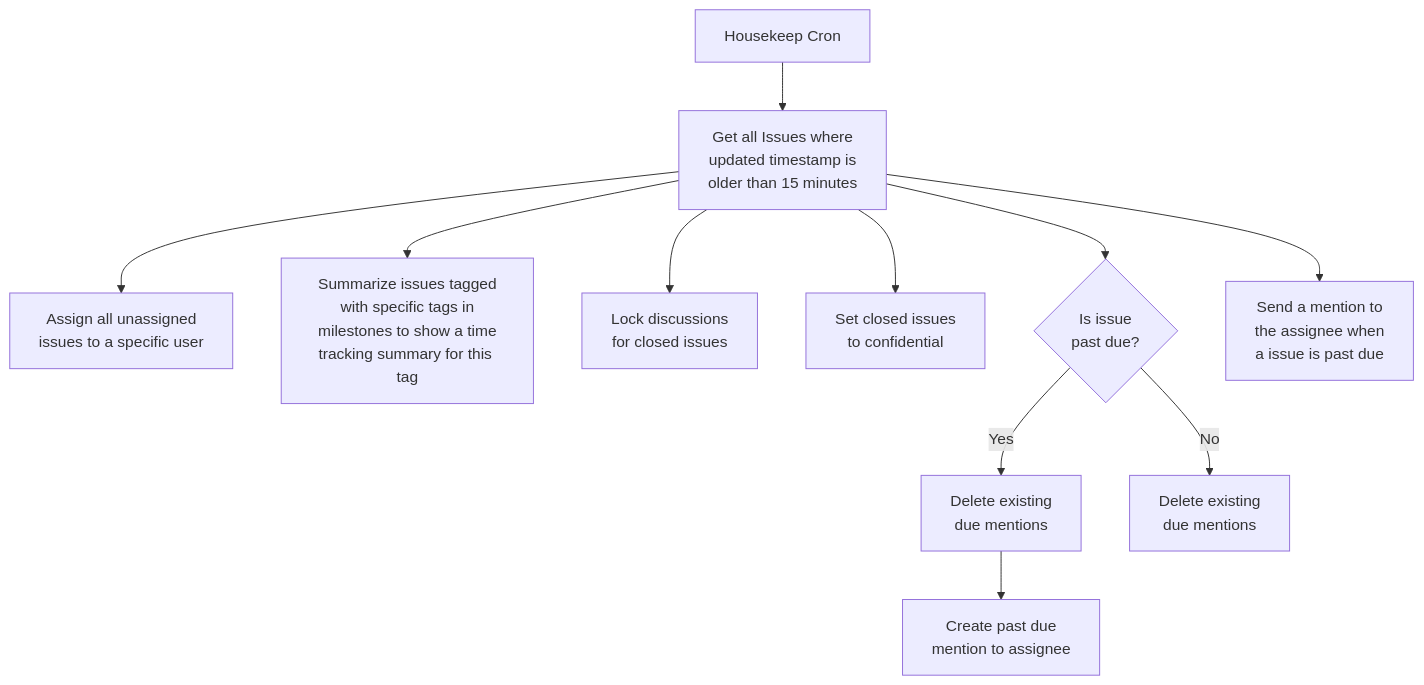
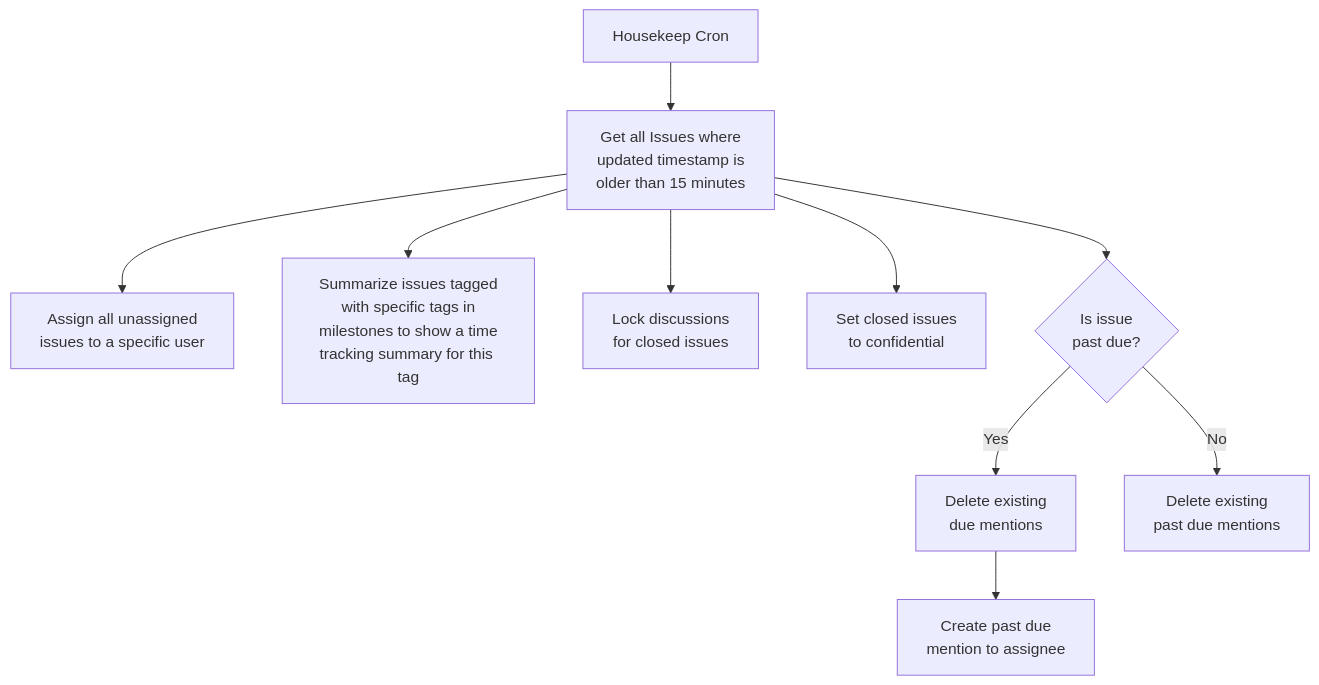
The first of 2 diagrams in README.md (perryflynn/taskomat), drawn with Mermaid before and after one commit. The commit also changed other lines of this file, not shown here.

Commit message:
improve mermaid diagrams

````diff
--- a/README.md
+++ b/README.md
@@ -19,13 +19,12 @@
 ```mermaid
 graph TD
     hk[Housekeep Cron] --> issues[Get all Issues where<br>updated timestamp is<br>older than 15 minutes]
     issues --> assign[Assign all unassigned<br>issues to a specific user]
     issues --> milestone[Summarize issues tagged<br>with specific tags in<br>milestones to show a time<br>tracking summary for this tag]
     issues --> lock[Lock discussions<br>for closed issues]
     issues --> confidential[Set closed issues<br>to confidential]
     issues --> isdue{Is issue<br>past due?}
     isdue -->|Yes| delduemsg2[Delete existing<br>due mentions]
     delduemsg2 --> addue[Create past due<br>mention to assignee]
-    isdue -->|No| delduemsg[Delete existing<br>due mentions]
-    issues --> due[Send a mention to<br>the assignee when<br>a issue is past due]
+    isdue -->|No| delduemsg[Delete existing<br>past due mentions]
 ```
````
